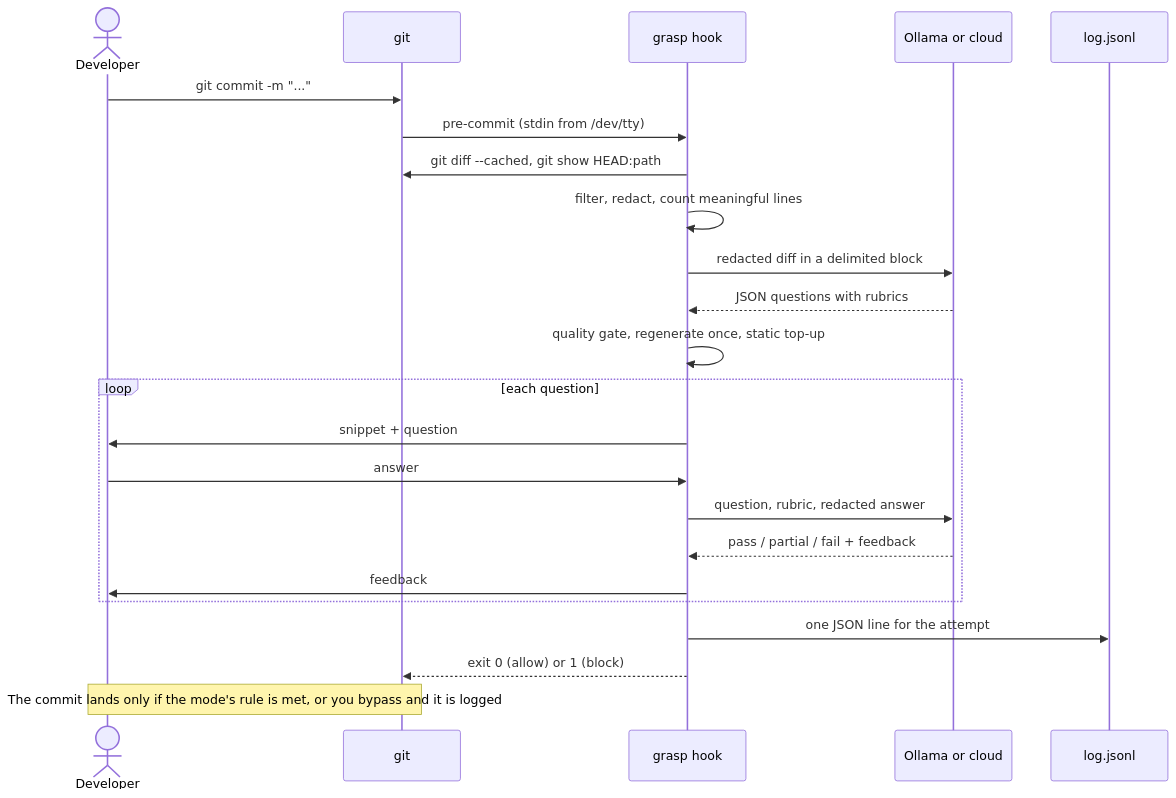
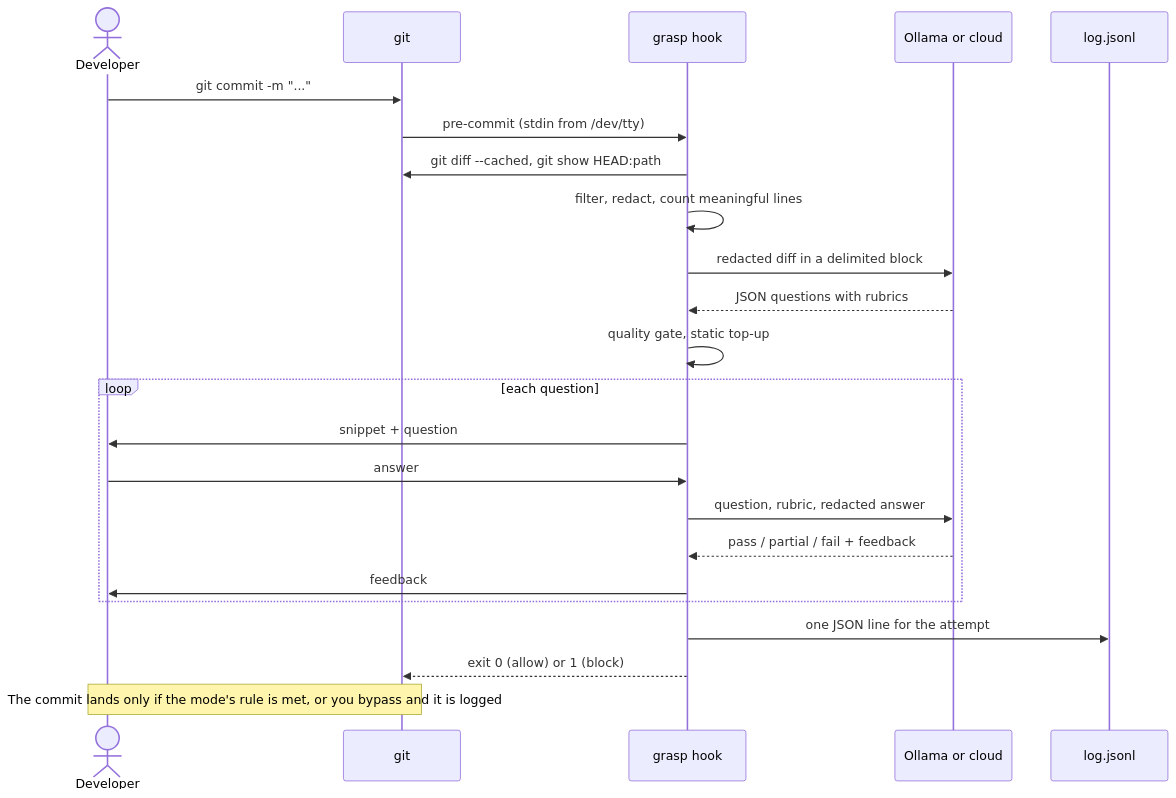
One commit to teddycitrus/grasp changed the second of 2 diagrams in README.md. Above: the diagram before and after it, drawn with Mermaid. The commit also changed other lines of this file and 6 other files, not shown here.

````diff
--- a/README.md
+++ b/README.md
@@ -174,25 +174,25 @@
 ```mermaid
 sequenceDiagram
     actor Dev as Developer
     participant Git as git
     participant Hook as grasp hook
     participant LLM as Ollama or cloud
     participant Log as log.jsonl
     Dev->>Git: git commit -m "..."
     Git->>Hook: pre-commit (stdin from /dev/tty)
     Hook->>Git: git diff --cached, git show HEAD:path
     Hook->>Hook: filter, redact, count meaningful lines
     Hook->>LLM: redacted diff in a delimited block
     LLM-->>Hook: JSON questions with rubrics
-    Hook->>Hook: quality gate, regenerate once, static top-up
+    Hook->>Hook: quality gate, static top-up
     loop each question
         Hook->>Dev: snippet + question
         Dev->>Hook: answer
         Hook->>LLM: question, rubric, redacted answer
         LLM-->>Hook: pass / partial / fail + feedback
         Hook->>Dev: feedback
     end
     Hook->>Log: one JSON line for the attempt
     Hook-->>Git: exit 0 (allow) or 1 (block)
     Note over Dev,Git: The commit lands only if the mode's rule is met, or you bypass and it is logged
 ```
````
